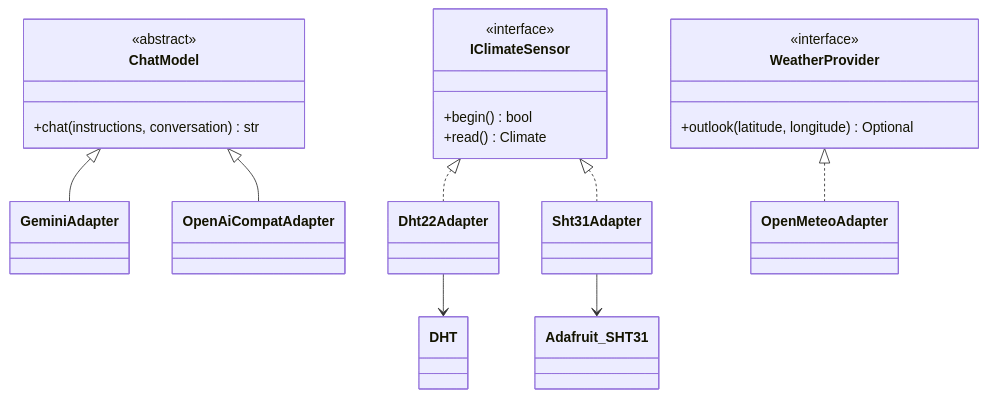
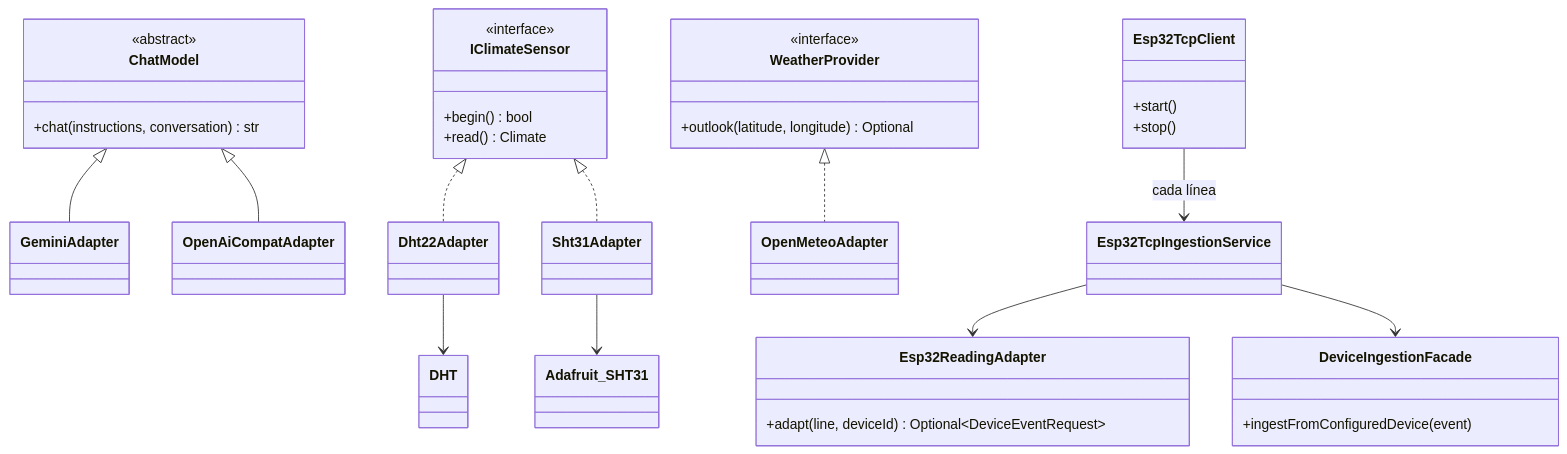
One commit to WilliamChavez-Grupo2b/BACKEND-AGROSENSE changed the sixth of 11 diagrams in docs/PATRONES.md. Above: the diagram before and after it, drawn with Mermaid. The commit also changed other lines of this file and 5 other files, not shown here.

Commit message:
docs: describe the ESP32 read over TCP, its trust decision and the demo steps

````diff
--- a/docs/PATRONES.md
+++ b/docs/PATRONES.md
@@ -280,32 +281,47 @@
 ```mermaid
 classDiagram
     class ChatModel {
         <<abstract>>
         +chat(instructions, conversation) str
     }
     class GeminiAdapter
     class OpenAiCompatAdapter
     ChatModel <|-- GeminiAdapter
     ChatModel <|-- OpenAiCompatAdapter
 
     class IClimateSensor {
         <<interface>>
         +begin() bool
         +read() Climate
     }
     class Dht22Adapter
     class Sht31Adapter
     class DHT
     class Adafruit_SHT31
     IClimateSensor <|.. Dht22Adapter
     IClimateSensor <|.. Sht31Adapter
     Dht22Adapter --> DHT
     Sht31Adapter --> Adafruit_SHT31
 
     class WeatherProvider {
         <<interface>>
         +outlook(latitude, longitude) Optional
     }
     class OpenMeteoAdapter
     WeatherProvider <|.. OpenMeteoAdapter
+
+    class Esp32TcpClient {
+        +start()
+        +stop()
+    }
+    class Esp32ReadingAdapter {
+        +adapt(line, deviceId) Optional~DeviceEventRequest~
+    }
+    class Esp32TcpIngestionService
+    class DeviceIngestionFacade {
+        +ingestFromConfiguredDevice(event)
+    }
+    Esp32TcpClient --> Esp32TcpIngestionService : cada línea
+    Esp32TcpIngestionService --> Esp32ReadingAdapter
+    Esp32TcpIngestionService --> DeviceIngestionFacade
 ```
````
